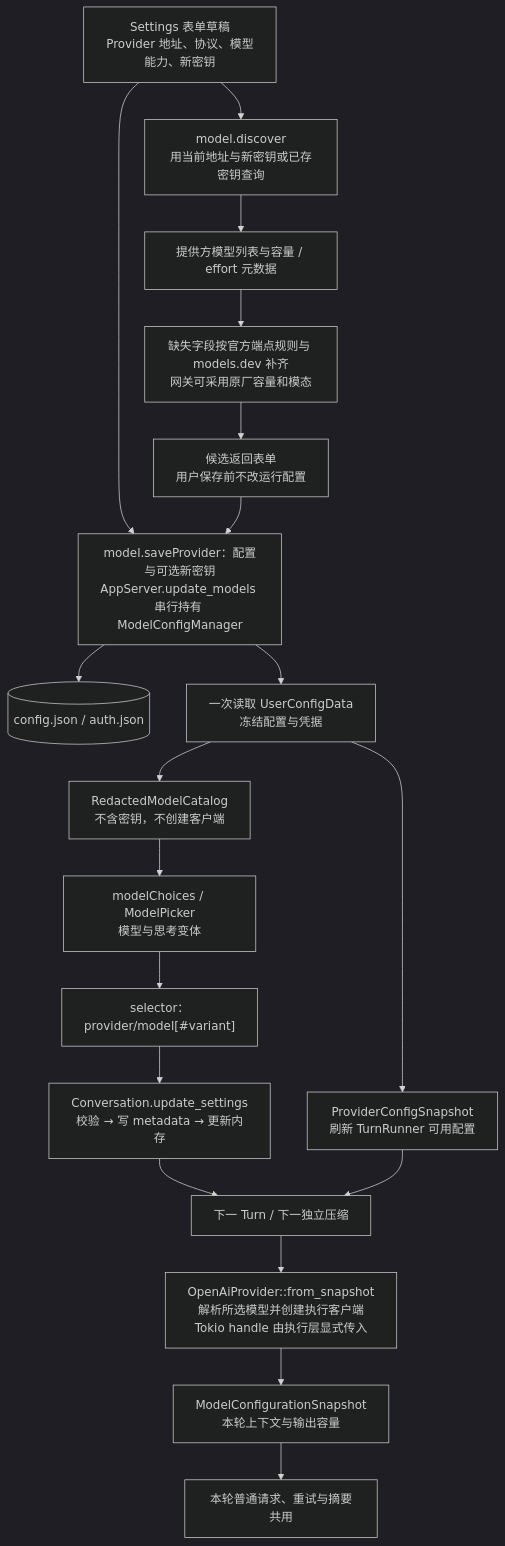
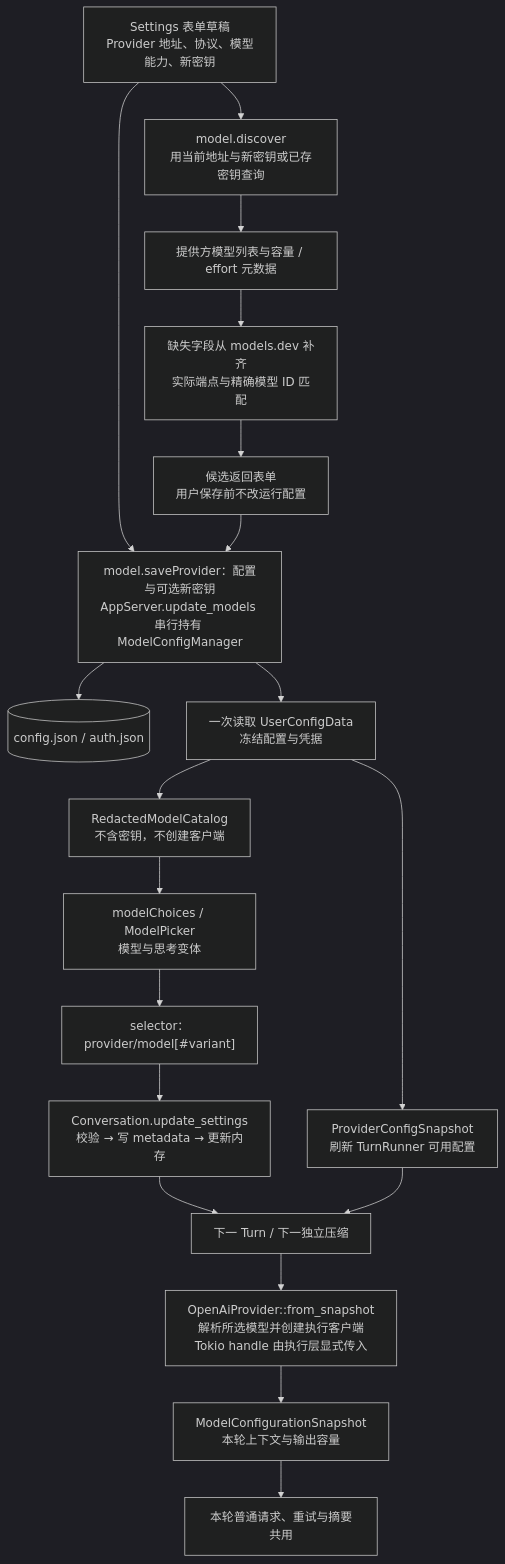
One commit to qjcnmd/singularity-agent changed diagram 18 of 29 in docs/architecture.md. Above: the diagram before and after it, drawn with Mermaid (dark theme). The commit also changed other lines of this file and 137 other files, not shown here.

````diff
--- a/docs/architecture.md
+++ b/docs/architecture.md
@@ -496,21 +495,21 @@
 ```mermaid
 flowchart TB
     Form["Settings 表单草稿<br/>Provider 地址、协议、模型能力、新密钥"] --> Discover["model.discover<br/>用当前地址与新密钥或已存密钥查询"]
     Discover --> Remote["提供方模型列表与容量 / effort 元数据"]
-    Remote --> Missing["缺失字段按官方端点规则与 models.dev 补齐<br/>网关可采用原厂容量和模态"]
+    Remote --> Missing["缺失字段从 models.dev 补齐<br/>实际端点与精确模型 ID 匹配"]
     Missing --> Candidates["候选返回表单<br/>用户保存前不改运行配置"]
     Form --> Save["model.saveProvider：配置与可选新密钥<br/>AppServer.update_models 串行持有 ModelConfigManager"]
     Candidates --> Save
     Save --> Disk[("config.json / auth.json")]
     Save --> Parsed["一次读取 UserConfigData<br/>冻结配置与凭据"]
     Parsed --> ProviderSnapshot["ProviderConfigSnapshot<br/>刷新 TurnRunner 可用配置"]
     Parsed --> Catalog["RedactedModelCatalog<br/>不含密钥，不创建客户端"]
     Catalog --> Picker["modelChoices / ModelPicker<br/>模型与思考变体"]
     Picker --> Selector["selector：provider/model[#variant]"]
     Selector --> Settings["Conversation.update_settings<br/>校验 → 写 metadata → 更新内存"]
     Settings --> Next["下一 Turn / 下一独立压缩"]
     ProviderSnapshot --> Next
     Next --> Factory["OpenAiProvider::from_snapshot<br/>解析所选模型并创建执行客户端<br/>Tokio handle 由执行层显式传入"]
     Factory --> Frozen["ModelConfigurationSnapshot<br/>本轮上下文与输出容量"]
     Frozen --> Requests["本轮普通请求、重试与摘要共用"]
 ```
````
